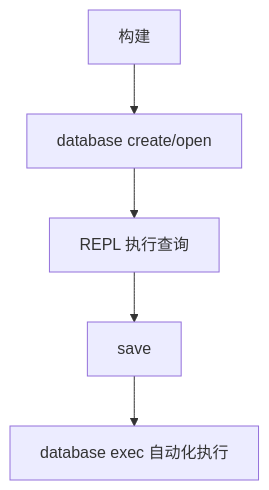
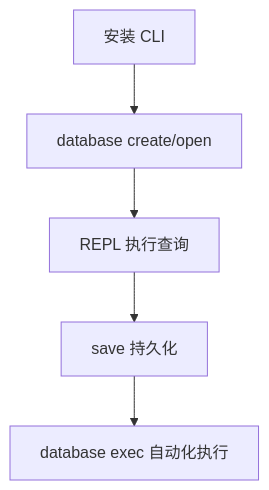
The diagram in docs/apps/docs/content/docs/zh/zyx/user-guide/quick-start.mdx (nexepic/zyx), drawn with Mermaid before and after one commit. The commit also changed other lines of this file and 112 other files, not shown here.

````diff
--- a/docs/apps/docs/content/docs/zh/zyx/user-guide/quick-start.mdx
+++ b/docs/apps/docs/content/docs/zh/zyx/user-guide/quick-start.mdx
@@ -71,7 +109,7 @@
 ```mermaid
 flowchart TD
-  A[构建] --> B[database create/open]
+  A[安装 CLI] --> B[database create/open]
   B --> C[REPL 执行查询]
-  C --> D[save]
+  C --> D[save 持久化]
   D --> E[database exec 自动化执行]
 ```
````
